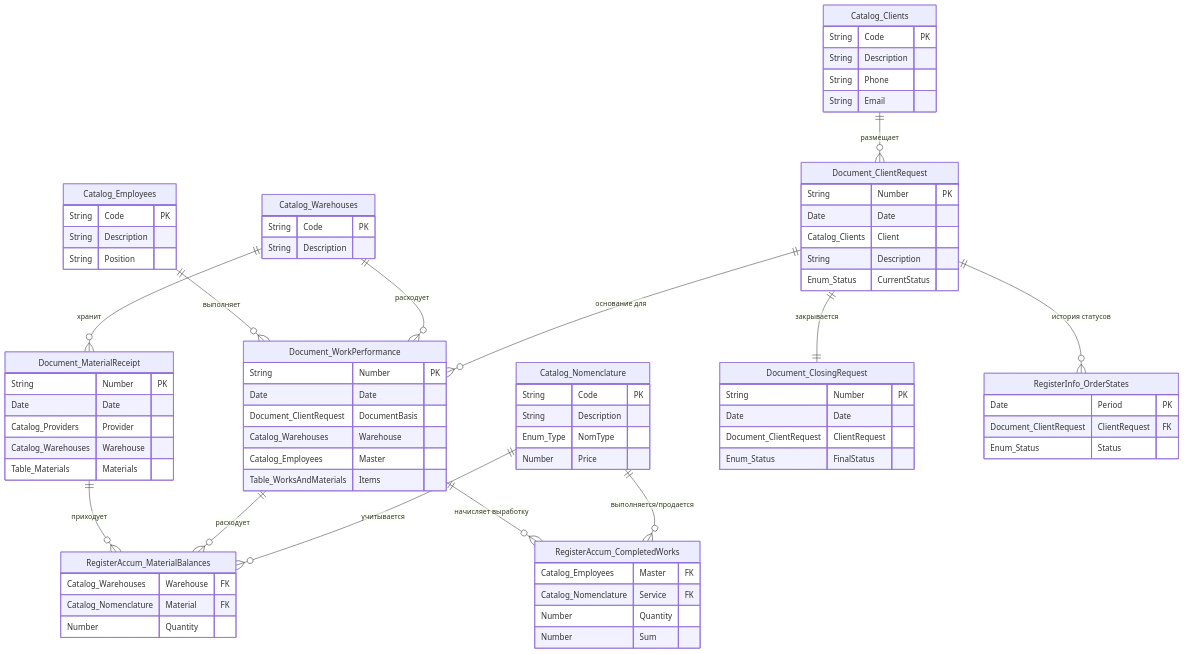
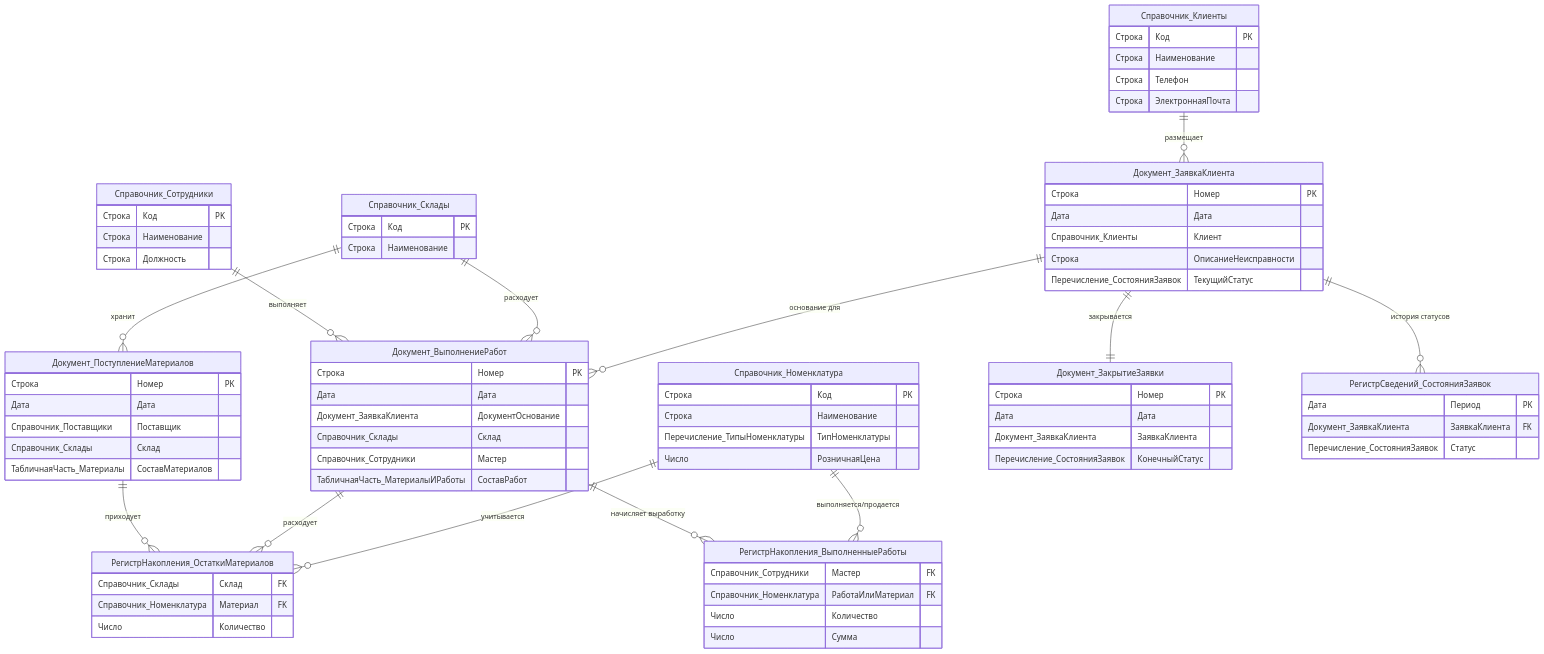
Before and after one commit to TheYxel/Master_Service_1C: the diagram in README.md, drawn with Mermaid. The commit also changed other lines of this file, not shown here.

````diff
--- a/README.md
+++ b/README.md
@@ -20,85 +20,85 @@
 ```mermaid
 erDiagram
-    Catalog_Clients {
-        String Code PK
-        String Description
-        String Phone
-        String Email
+    Справочник_Клиенты {
+        Строка Код PK
+        Строка Наименование
+        Строка Телефон
+        Строка ЭлектроннаяПочта
     }
-    Catalog_Employees {
-        String Code PK
-        String Description
-        String Position
+    Справочник_Сотрудники {
+        Строка Код PK
+        Строка Наименование
+        Строка Должность
     }
-    Catalog_Warehouses {
-        String Code PK
-        String Description
+    Справочник_Склады {
+        Строка Код PK
+        Строка Наименование
     }
-    Catalog_Nomenclature {
-        String Code PK
-        String Description
-        Enum_Type NomType
-        Number Price
+    Справочник_Номенклатура {
+        Строка Код PK
+        Строка Наименование
+        Перечисление_ТипыНоменклатуры ТипНоменклатуры
+        Число РозничнаяЦена
     }
-    Document_ClientRequest {
-        String Number PK
-        Date Date
-        Catalog_Clients Client
-        String Description
-        Enum_Status CurrentStatus
+    Документ_ЗаявкаКлиента {
+        Строка Номер PK
+        Дата Дата
+        Справочник_Клиенты Клиент
+        Строка ОписаниеНеисправности
+        Перечисление_СостоянияЗаявок ТекущийСтатус
     }
-    Document_MaterialReceipt {
-        String Number PK
-        Date Date
-        Catalog_Providers Provider
-        Catalog_Warehouses Warehouse
-        Table_Materials Materials
+    Документ_ПоступлениеМатериалов {
+        Строка Номер PK
+        Дата Дата
+        Справочник_Поставщики Поставщик
+        Справочник_Склады Склад
+        ТабличнаяЧасть_Материалы СоставМатериалов
     }
-    Document_WorkPerformance {
-        String Number PK
-        Date Date
-        Document_ClientRequest DocumentBasis
-        Catalog_Warehouses Warehouse
-        Catalog_Employees Master
-        Table_WorksAndMaterials Items
+    Документ_ВыполнениеРабот {
+        Строка Номер PK
+        Дата Дата
+        Документ_ЗаявкаКлиента ДокументОснование
+        Справочник_Склады Склад
+        Справочник_Сотрудники Мастер
+        ТабличнаяЧасть_МатериалыИРаботы СоставРабот
     }
-    Document_ClosingRequest {
-        String Number PK
-        Date Date
-        Document_ClientRequest ClientRequest
-        Enum_Status FinalStatus
+    Документ_ЗакрытиеЗаявки {
+        Строка Номер PK
+        Дата Дата
+        Документ_ЗаявкаКлиента ЗаявкаКлиента
+        Перечисление_СостоянияЗаявок КонечныйСтатус
     }
-    RegisterInfo_OrderStates {
-        Date Period PK
-        Document_ClientRequest ClientRequest FK
-        Enum_Status Status
+    РегистрСведений_СостоянияЗаявок {
+        Дата Период PK
+        Документ_ЗаявкаКлиента ЗаявкаКлиента FK
+        Перечисление_СостоянияЗаявок Статус
     }
-    RegisterAccum_MaterialBalances {
-        Catalog_Warehouses Warehouse FK
-        Catalog_Nomenclature Material FK
-        Number Quantity
+    РегистрНакопления_ОстаткиМатериалов {
+        Справочник_Склады Склад FK
+        Справочник_Номенклатура Материал FK
+        Число Количество
     }
-    RegisterAccum_CompletedWorks {
-        Catalog_Employees Master FK
-        Catalog_Nomenclature Service FK
-        Number Quantity
-        Number Sum
+    РегистрНакопления_ВыполненныеРаботы {
+        Справочник_Сотрудники Мастер FK
+        Справочник_Номенклатура РаботаИлиМатериал FK
+        Число Количество
+        Число Сумма
     }
 
-    Catalog_Clients ||--o{ Document_ClientRequest : "размещает"
-    Catalog_Employees ||--o{ Document_WorkPerformance : "выполняет"
-    Catalog_Warehouses ||--o{ Document_MaterialReceipt : "хранит"
-    Catalog_Warehouses ||--o{ Document_WorkPerformance : "расходует"
+    Справочник_Клиенты ||--o{ Документ_ЗаявкаКлиента : "размещает"
+    Справочник_Сотрудники ||--o{ Документ_ВыполнениеРабот : "выполняет"
+    Справочник_Склады ||--o{ Документ_ПоступлениеМатериалов : "хранит"
+    Справочник_Склады ||--o{ Документ_ВыполнениеРабот : "расходует"
     
-    Document_ClientRequest ||--o{ Document_WorkPerformance : "основание для"
-    Document_ClientRequest ||--|| Document_ClosingRequest : "закрывается"
+    Документ_ЗаявкаКлиента ||--o{ Документ_ВыполнениеРабот : "основание для"
+    Документ_ЗаявкаКлиента ||--|| Документ_ЗакрытиеЗаявки : "закрывается"
     
-    Document_ClientRequest ||--o{ RegisterInfo_OrderStates : "история статусов"
+    Документ_ЗаявкаКлиента ||--o{ РегистрСведений_СостоянияЗаявок : "история статусов"
     
-    Document_MaterialReceipt ||--o{ RegisterAccum_MaterialBalances : "приходует"
-    Document_WorkPerformance ||--o{ RegisterAccum_MaterialBalances : "расходует"
-    Document_WorkPerformance ||--o{ RegisterAccum_CompletedWorks : "начисляет выработку"
+    Документ_ПоступлениеМатериалов ||--o{ РегистрНакопления_ОстаткиМатериалов : "приходует"
+    Документ_ВыполнениеРабот ||--o{ РегистрНакопления_ОстаткиМатериалов : "расходует"
+    Документ_ВыполнениеРабот ||--o{ РегистрНакопления_ВыполненныеРаботы : "начисляет выработку"
     
-    Catalog_Nomenclature ||--o{ RegisterAccum_MaterialBalances : "учитывается"
-    Catalog_Nomenclature ||--o{ RegisterAccum_CompletedWorks : "выполняется/продается"
+    Справочник_Номенклатура ||--o{ РегистрНакопления_ОстаткиМатериалов : "учитывается"
+    Справочник_Номенклатура ||--o{ РегистрНакопления_ВыполненныеРаботы : "выполняется/продается"
 ```
````
